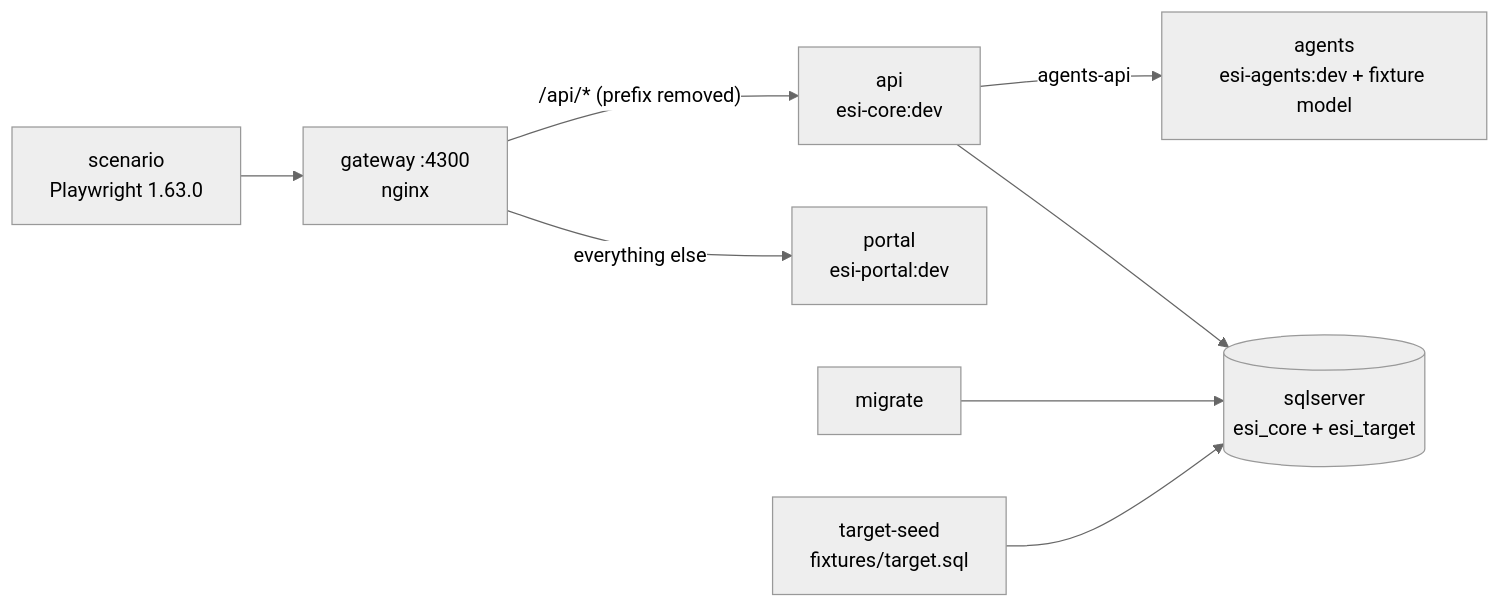
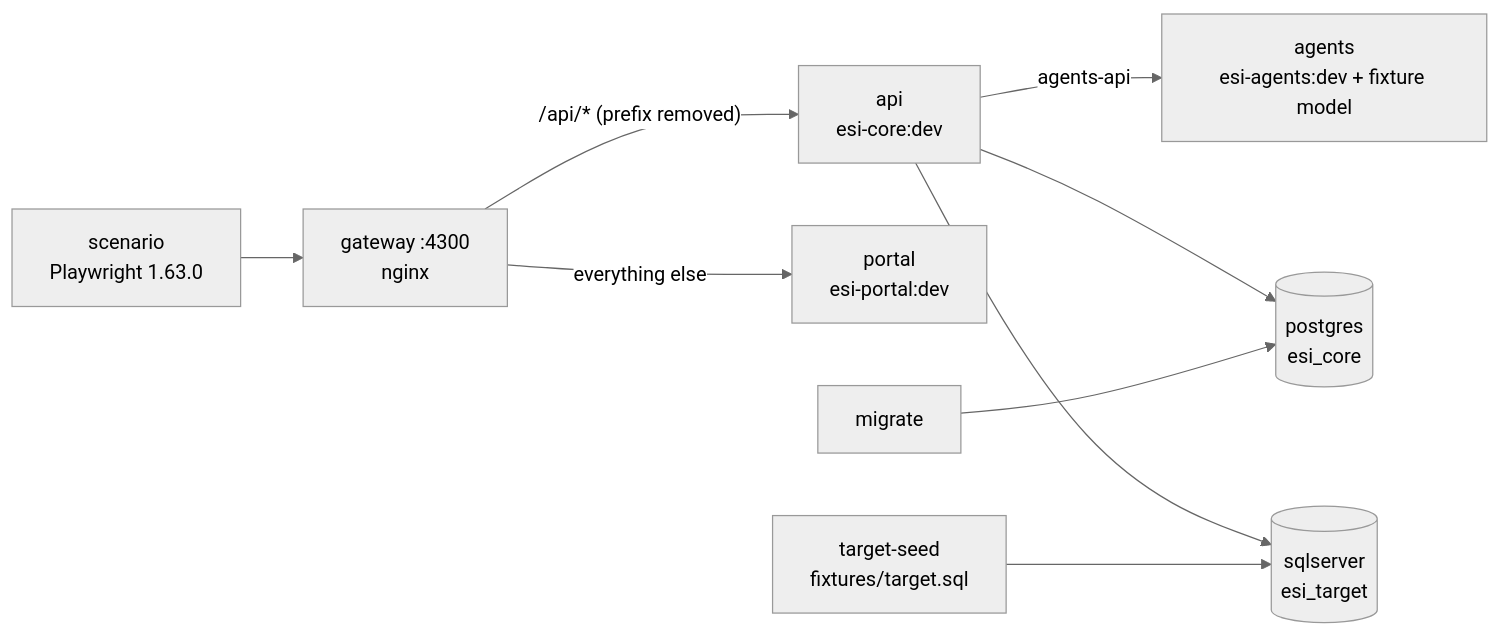
Before and after one commit to dtnam0899/edge-side-includes: the diagram in infra/e2e/README.md, drawn with Mermaid (neutral theme). The commit also changed 2 other files, not shown here.

Commit message:
test(esi): e2e app database on Postgres
infra/e2e wires a postgres:17.10-alpine service for core's esi_core
(ADR-0008, ESI-94); sqlserver keeps only esi_target. Update the e2e
diagram and the test-data policy row.

Refs: ESI-94

````diff
--- a/infra/e2e/README.md
+++ b/infra/e2e/README.md
@@ -17,10 +17,11 @@
 ```mermaid
 flowchart LR
   R["scenario<br/>Playwright 1.63.0"] --> G["gateway :4300<br/>nginx"]
   G -- "/api/* (prefix removed)" --> C["api<br/>esi-core:dev"]
   G -- "everything else" --> P["portal<br/>esi-portal:dev"]
   C -- agents-api --> A["agents<br/>esi-agents:dev + fixture model"]
-  C --> S[("sqlserver<br/>esi_core + esi_target")]
-  M["migrate"] --> S
+  C --> D[("postgres<br/>esi_core")]
+  C --> S[("sqlserver<br/>esi_target")]
+  M["migrate"] --> D
   T["target-seed<br/>fixtures/target.sql"] --> S
 ```
````
